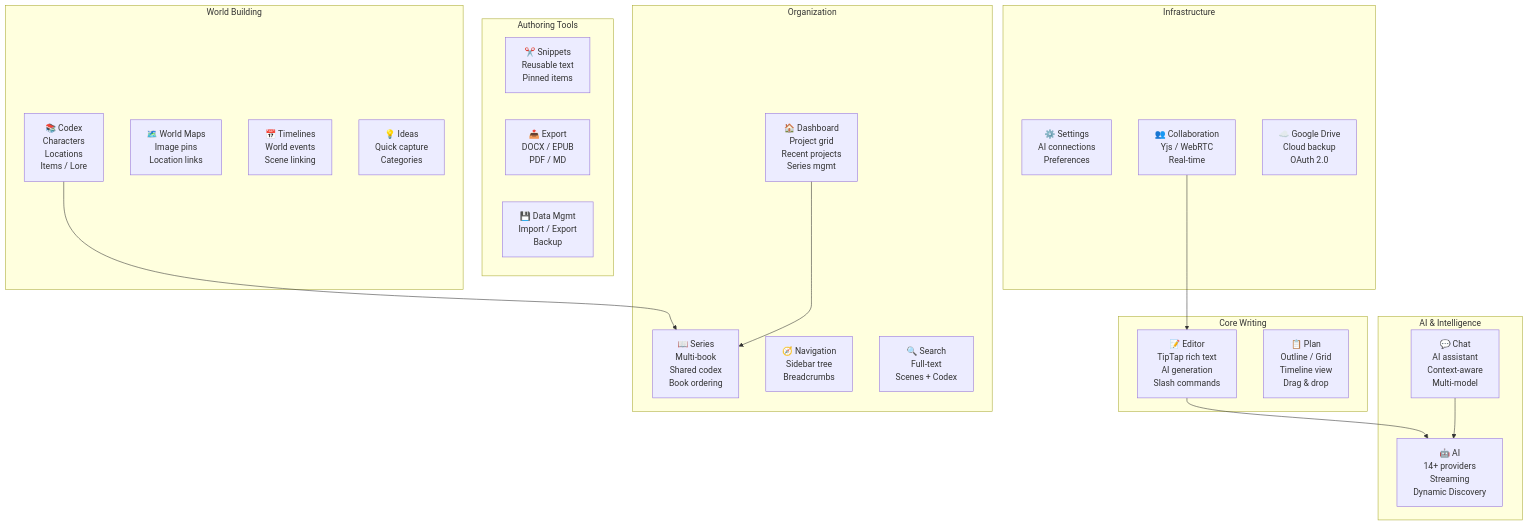
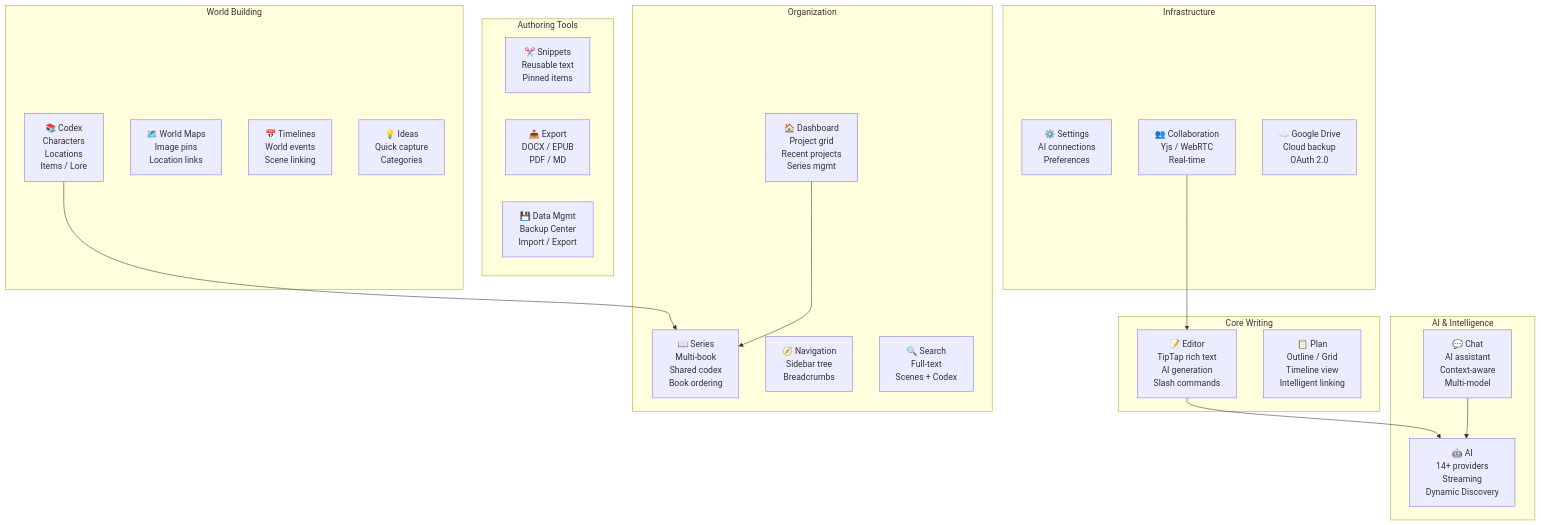
The first of 6 diagrams in docs/hld.md (Sai-Roopesh/becomeAnAuthor), drawn with Mermaid before and after one commit. The commit also changed other lines of this file and 2 other files, not shown here.

First line of the commit message:
docs: update system design documents for backup UX and intelligent linking

````diff
--- a/docs/hld.md
+++ b/docs/hld.md
@@ -186,44 +186,44 @@
 ```mermaid
 graph TB
     subgraph "Core Writing"
         EDITOR["📝 Editor<br/>TipTap rich text<br/>AI generation<br/>Slash commands"]
-        PLAN["📋 Plan<br/>Outline / Grid<br/>Timeline view<br/>Drag & drop"]
+        PLAN["📋 Plan<br/>Outline / Grid<br/>Timeline view<br/>Intelligent linking"]
     end
 
     subgraph "AI & Intelligence"
         CHAT["💬 Chat<br/>AI assistant<br/>Context-aware<br/>Multi-model"]
         AI["🤖 AI<br/>14+ providers<br/>Streaming<br/>Dynamic Discovery"]
     end
 
     subgraph "World Building"
         CODEX["📚 Codex<br/>Characters<br/>Locations<br/>Items / Lore"]
         WMAP["🗺️ World Maps<br/>Image pins<br/>Location links"]
         WTIMELINE["📅 Timelines<br/>World events<br/>Scene linking"]
         IDEAS["💡 Ideas<br/>Quick capture<br/>Categories"]
     end
 
     subgraph "Organization"
         DASH["🏠 Dashboard<br/>Project grid<br/>Recent projects<br/>Series mgmt"]
         SERIES["📖 Series<br/>Multi-book<br/>Shared codex<br/>Book ordering"]
         NAV["🧭 Navigation<br/>Sidebar tree<br/>Breadcrumbs"]
         SEARCH["🔍 Search<br/>Full-text<br/>Scenes + Codex"]
     end
 
     subgraph "Authoring Tools"
         SNIPPETS["✂️ Snippets<br/>Reusable text<br/>Pinned items"]
         EXPORT["📤 Export<br/>DOCX / EPUB<br/>PDF / MD"]
-        DATAMGMT["💾 Data Mgmt<br/>Import / Export<br/>Backup"]
+        DATAMGMT["💾 Data Mgmt<br/>Backup Center<br/>Import / Export"]
     end
 
     subgraph "Infrastructure"
         SETTINGS["⚙️ Settings<br/>AI connections<br/>Preferences"]
         COLLAB["👥 Collaboration<br/>Yjs / WebRTC<br/>Real-time"]
         GDRIVE["☁️ Google Drive<br/>Cloud backup<br/>OAuth 2.0"]
     end
 
     EDITOR --> AI
     CHAT --> AI
     CODEX --> SERIES
     DASH --> SERIES
     COLLAB --> EDITOR
 ```
````
